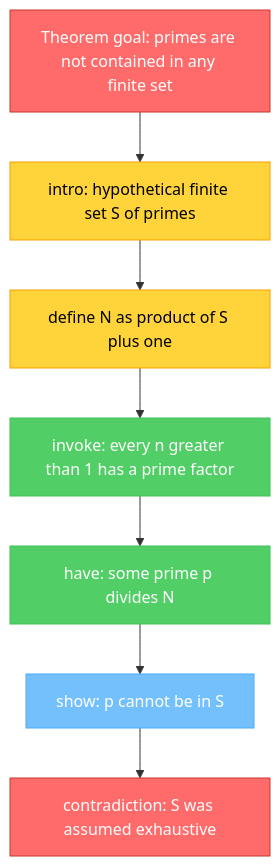
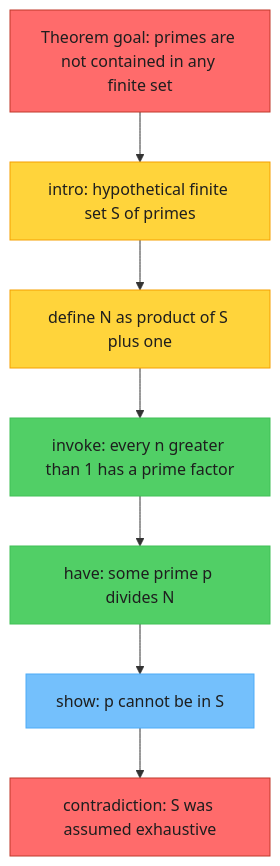
The fourth of 8 diagrams in collaborations/mathematics-database/algorithms-axiomatic-theories-proofs-revised.md (garywelz/progframe), drawn with Mermaid before and after one commit. The commit also changed other lines of this file and 12 other files, not shown here.

First line of the commit message:
Fix invisible figure labels: dark text on GLMP fills

````diff
--- a/collaborations/mathematics-database/algorithms-axiomatic-theories-proofs-revised.md
+++ b/collaborations/mathematics-database/algorithms-axiomatic-theories-proofs-revised.md
@@ -299,21 +299,21 @@
 ```mermaid
 flowchart TD
     T["Theorem goal: primes are not contained in any finite set"]
     G1["intro: hypothetical finite set S of primes"]
     G2["define N as product of S plus one"]
     G3["invoke: every n greater than 1 has a prime factor"]
     G4["have: some prime p divides N"]
     G5["show: p cannot be in S"]
     G6["contradiction: S was assumed exhaustive"]
     T --> G1 --> G2 --> G3 --> G4 --> G5 --> G6
-    classDef red fill:#ff6b6b,color:#fff,stroke:#c0392b
-    classDef yellow fill:#ffd43b,color:#000,stroke:#f59f00
-    classDef green fill:#51cf66,color:#fff,stroke:#40c057
-    classDef lightblue fill:#74c0fc,color:#fff,stroke:#4dabf7
+    classDef red fill:#ff6b6b,color:#1e1e1e,stroke:#c0392b
+    classDef yellow fill:#ffd43b,color:#1e1e1e,stroke:#f59f00
+    classDef green fill:#51cf66,color:#1e1e1e,stroke:#40c057
+    classDef lightblue fill:#74c0fc,color:#1e1e1e,stroke:#4dabf7
     class T red
     class G1 yellow
     class G2 yellow
     class G3,G4 green
     class G5 lightblue
     class G6 red
 ```
````
